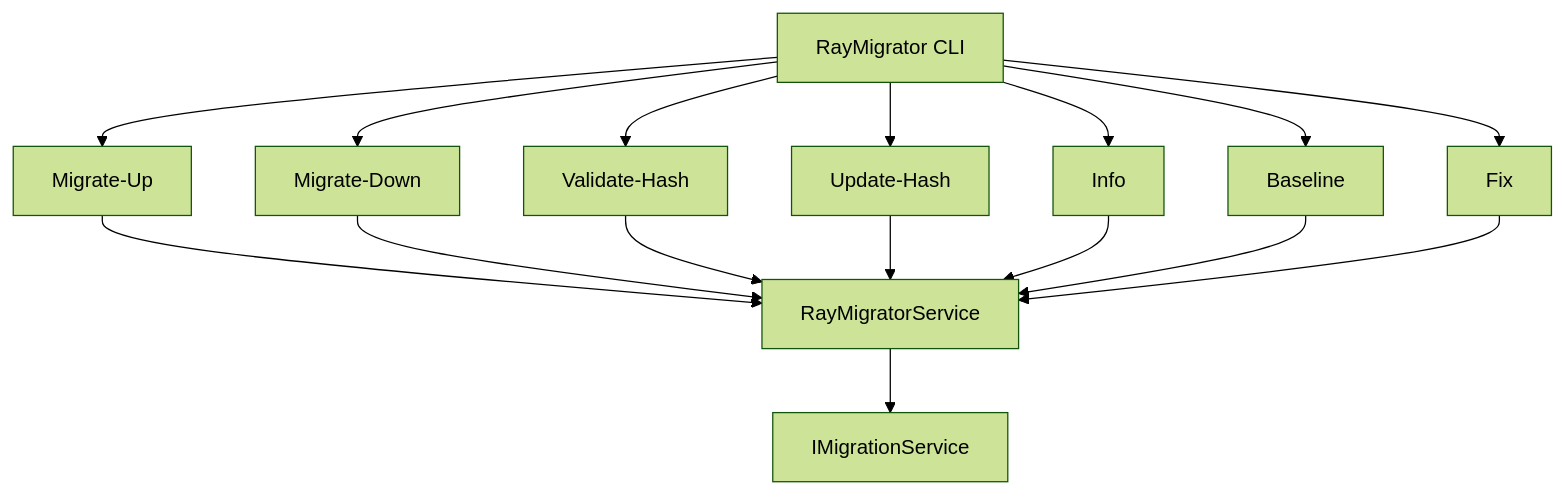
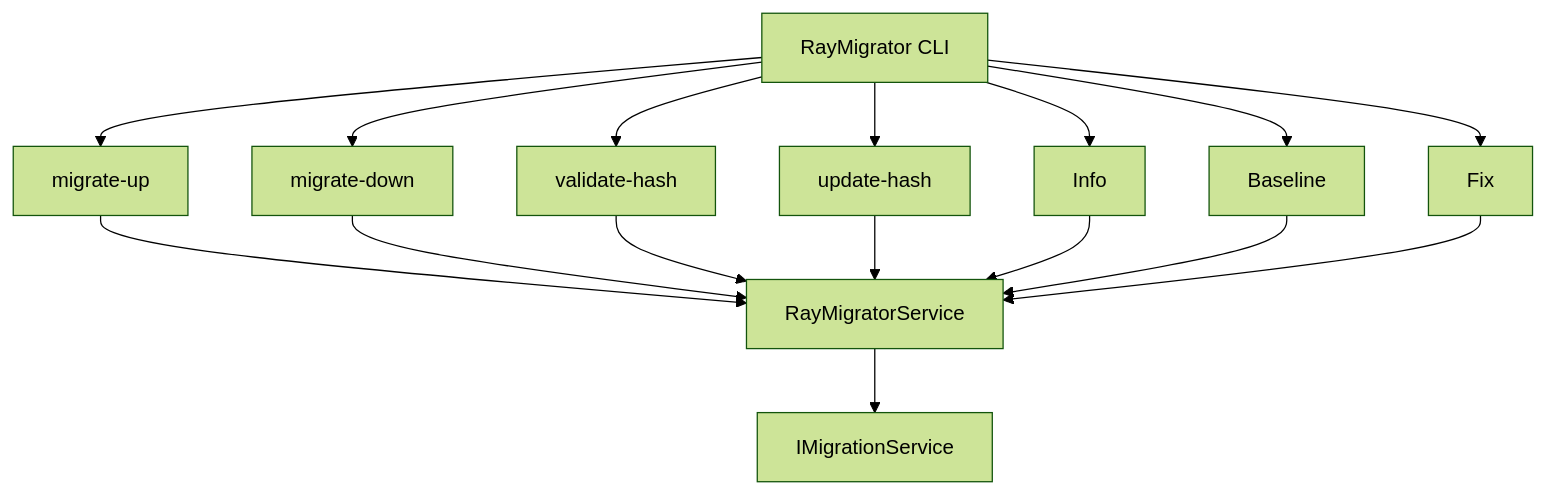
Before and after one commit to RAYCOON/RayMigrator: the first of 2 diagrams in Docs/05-console-layer/command-structure.md, drawn with Mermaid (forest theme). The commit also changed other lines of this file and 64 other files, not shown here.

````diff
--- a/Docs/05-console-layer/command-structure.md
+++ b/Docs/05-console-layer/command-structure.md
@@ -7,20 +7,20 @@
 ```mermaid
 graph TD
-    A[RayMigrator CLI] --> B[Migrate-Up]
-    A --> C[Migrate-Down]
-    A --> D[Validate-Hash]
-    A --> E[Update-Hash]
+    A[RayMigrator CLI] --> B[migrate-up]
+    A --> C[migrate-down]
+    A --> D[validate-hash]
+    A --> E[update-hash]
     A --> H[Info]
     A --> I[Baseline]
     A --> J[Fix]
 
     B --> F[RayMigratorService]
     C --> F
     D --> F
     E --> F
     H --> F
     I --> F
     J --> F
 
     F --> G[IMigrationService]
 ```
````
